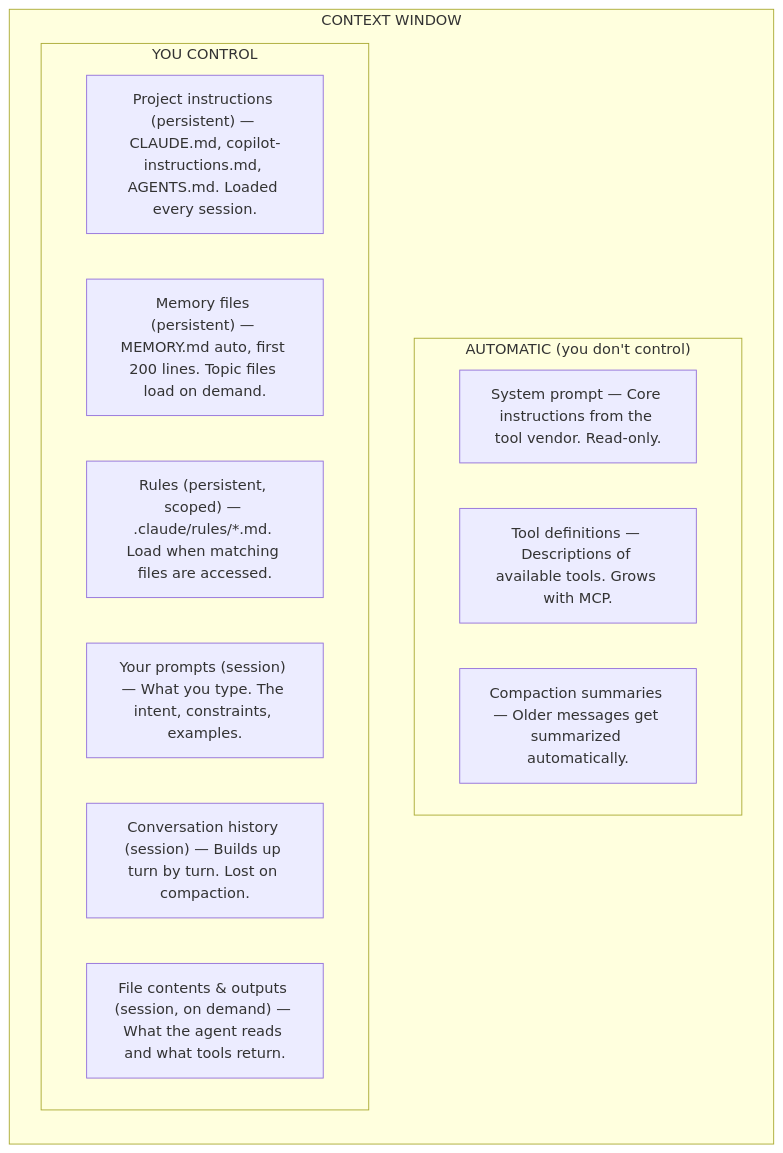
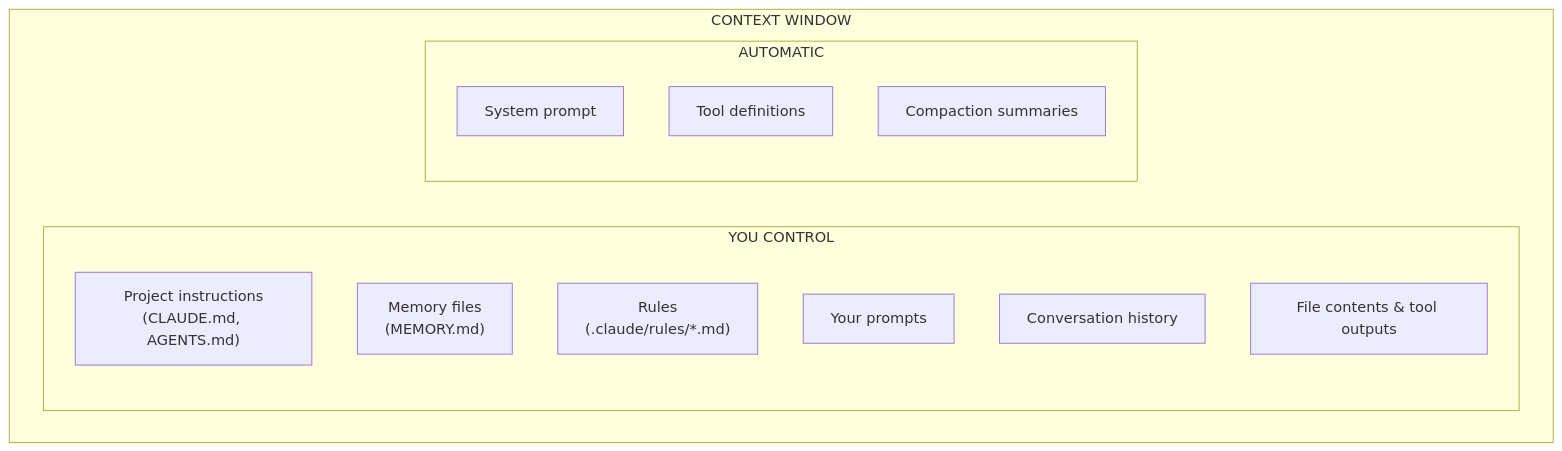
One commit to popescualextraian/shipped-by-agents changed the third of 9 diagrams in technical/04_the-big-picture/04_the-big-picture.md. Above: the diagram before and after it, drawn with Mermaid. The commit also changed other lines of this file, not shown here.

Commit message:
Fix Mermaid diagrams in chapter 4: replace \n with <br/> and simplify context diagram

````diff
--- a/technical/04_the-big-picture/04_the-big-picture.md
+++ b/technical/04_the-big-picture/04_the-big-picture.md
@@ -97,20 +97,20 @@
 ```mermaid
 flowchart TD
     subgraph CW["CONTEXT WINDOW"]
-        direction TB
-        subgraph AUTO["AUTOMATIC (you don't control)"]
-            A1["System prompt — Core instructions from the tool vendor. Read-only."]
-            A2["Tool definitions — Descriptions of available tools. Grows with MCP."]
-            A3["Compaction summaries — Older messages get summarized automatically."]
+        direction LR
+        subgraph YOU["YOU CONTROL"]
+            B1["Project instructions<br/>(CLAUDE.md, AGENTS.md)"]
+            B2["Memory files<br/>(MEMORY.md)"]
+            B3["Rules<br/>(.claude/rules/*.md)"]
+            B4["Your prompts"]
+            B5["Conversation history"]
+            B6["File contents & tool outputs"]
         end
 
-        subgraph YOU["YOU CONTROL"]
-            B1["Project instructions (persistent) — CLAUDE.md, copilot-instructions.md, AGENTS.md. Loaded every session."]
-            B2["Memory files (persistent) — MEMORY.md auto, first 200 lines. Topic files load on demand."]
-            B3["Rules (persistent, scoped) — .claude/rules/*.md. Load when matching files are accessed."]
-            B4["Your prompts (session) — What you type. The intent, constraints, examples."]
-            B5["Conversation history (session) — Builds up turn by turn. Lost on compaction."]
-            B6["File contents & outputs (session, on demand) — What the agent reads and what tools return."]
+        subgraph AUTO["AUTOMATIC"]
+            A1["System prompt"]
+            A2["Tool definitions"]
+            A3["Compaction summaries"]
         end
     end
 ```
````
